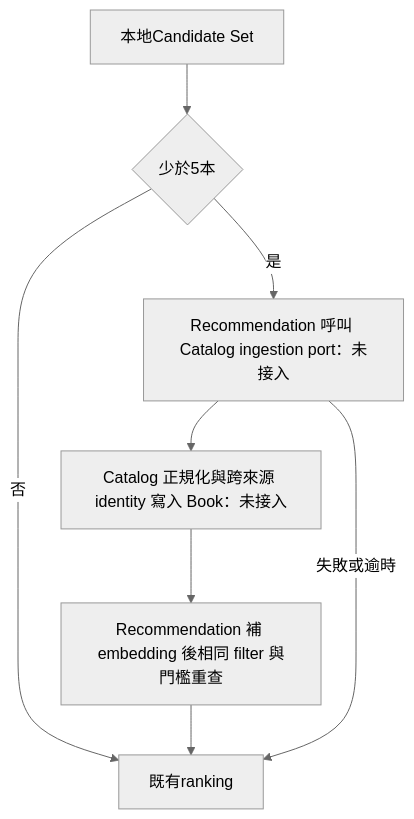
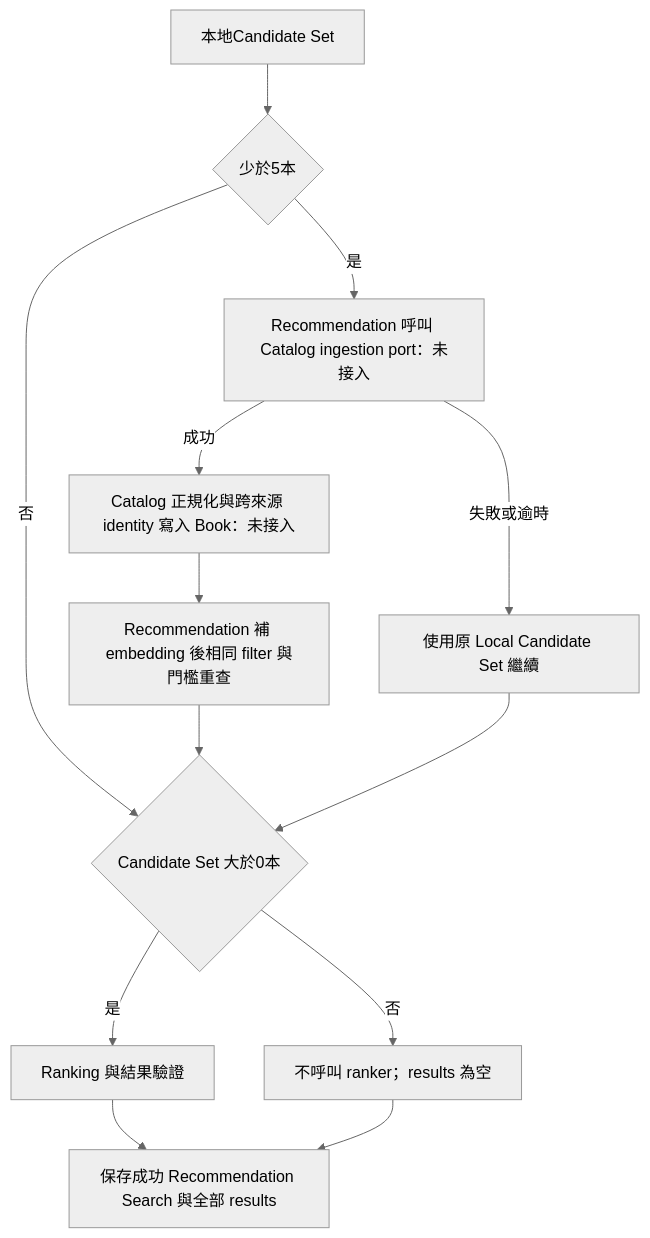
One commit to Arthur801/Book-Finder changed the sixth of 7 diagrams in Application/docs/workflow-diagram.md. Above: the diagram before and after it, drawn with Mermaid (neutral theme). The commit also changed other lines of this file and 2 other files, not shown here.

Commit message:
docs: correct fallback empty-candidate flow and test evidence

````diff
--- a/Application/docs/workflow-diagram.md
+++ b/Application/docs/workflow-diagram.md
@@ -145,10 +145,15 @@
 ```mermaid
 flowchart TD
   LOCAL[本地Candidate Set] --> FEW{少於5本}
-  FEW -->|否| RANK[既有ranking]
+  FEW -->|否| HAS{Candidate Set 大於0本}
   FEW -->|是| GOOGLE[Recommendation 呼叫 Catalog ingestion port：未接入]
-  GOOGLE --> NORMALIZE[Catalog 正規化與跨來源 identity 寫入 Book：未接入]
+  GOOGLE -->|成功| NORMALIZE[Catalog 正規化與跨來源 identity 寫入 Book：未接入]
   NORMALIZE --> EMB[Recommendation 補 embedding 後相同 filter 與門檻重查]
-  EMB --> RANK
-  GOOGLE -->|失敗或逾時| RANK
+  EMB --> HAS
+  GOOGLE -->|失敗或逾時| ORIGINAL[使用原 Local Candidate Set 繼續]
+  ORIGINAL --> HAS
+  HAS -->|是| RANK[Ranking 與結果驗證]
+  HAS -->|否| EMPTY[不呼叫 ranker；results 為空]
+  RANK --> SAVE[保存成功 Recommendation Search 與全部 results]
+  EMPTY --> SAVE
 ```
````
